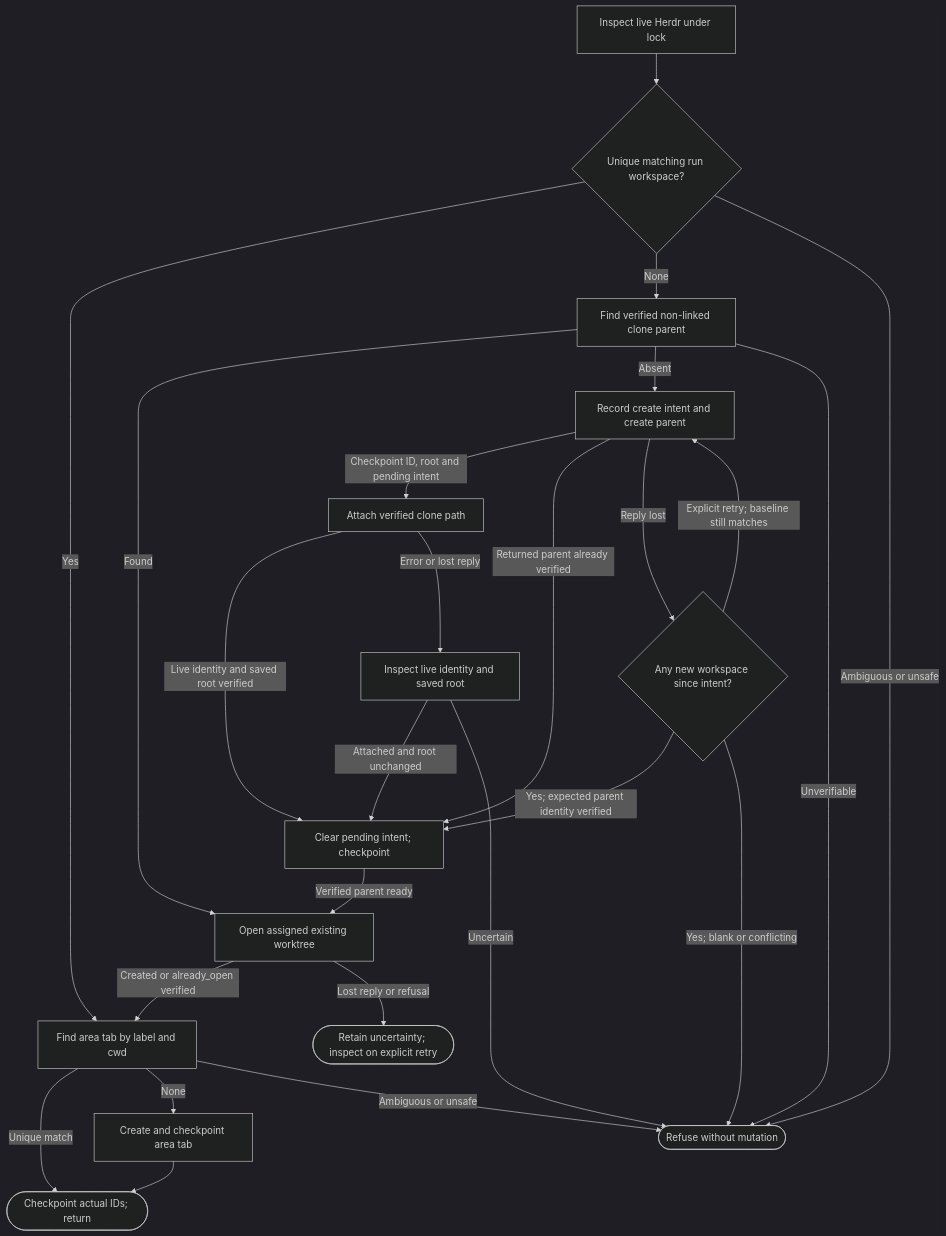
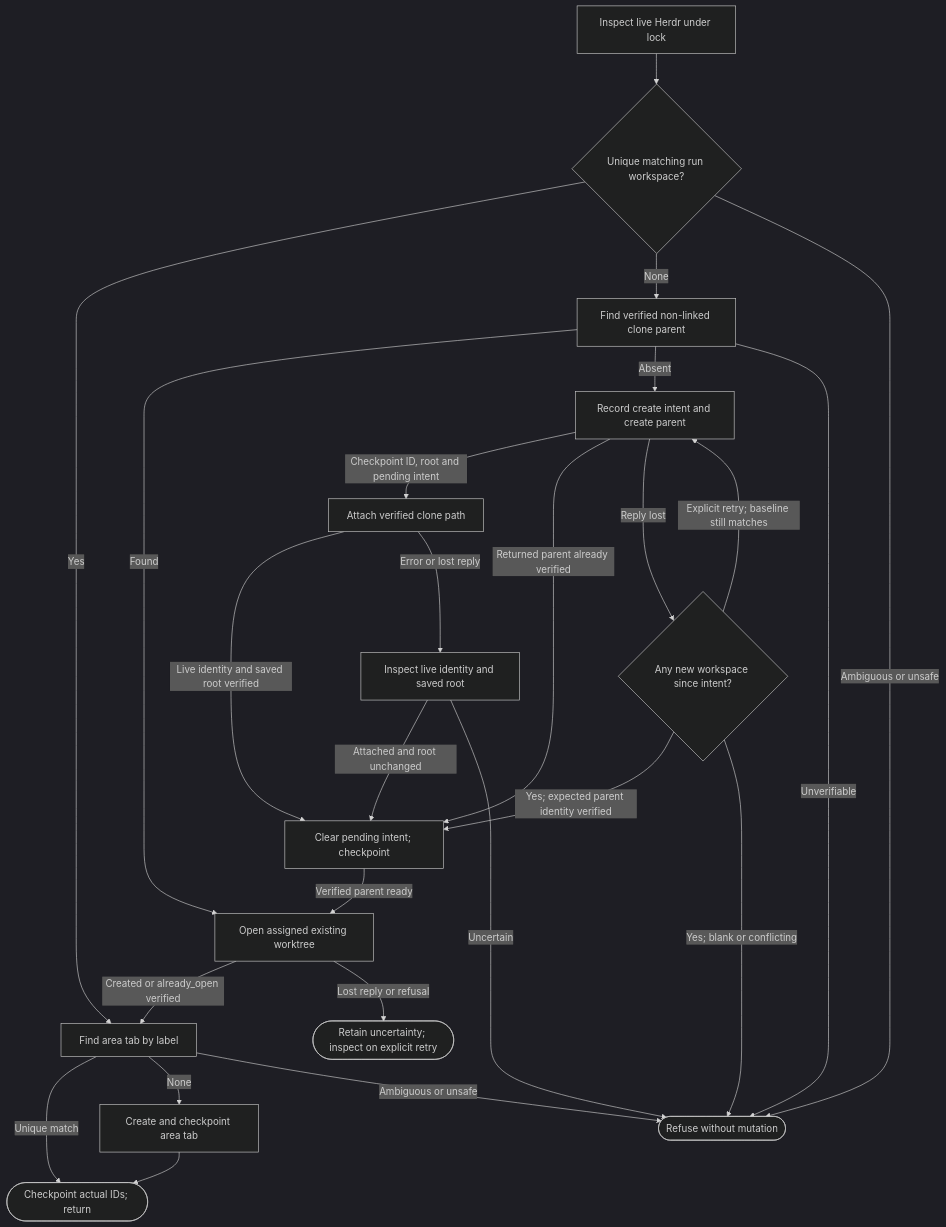
One commit to promptdriven/pdd changed the diagram in prompts/cli/workflow-herdr-layout.prompt.md. Above: the diagram before and after it, drawn with Mermaid (dark theme). The commit also changed other lines of this file and 12 other files, not shown here.

````diff
--- a/prompts/cli/workflow-herdr-layout.prompt.md
+++ b/prompts/cli/workflow-herdr-layout.prompt.md
@@ -13,27 +15,27 @@
 ```mermaid
 flowchart TD
     I[Inspect live Herdr under lock] --> R{Unique matching run workspace?}
-    R -->|Yes| T[Find area tab by label and cwd]
+    R -->|Yes| T[Find area tab by label]
     R -->|None| P[Find verified non-linked clone parent]
     R -->|Ambiguous or unsafe| F([Refuse without mutation])
     P -->|Found| O[Open assigned existing worktree]
     P -->|Absent| C[Record create intent and create parent]
     P -->|Unverifiable| F
     C -->|Checkpoint ID, root and pending intent| A1[Attach verified clone path]
     C -->|Returned parent already verified| AC
     A1 -->|Live identity and saved root verified| AC[Clear pending intent; checkpoint]
     AC -->|Verified parent ready| O
     A1 -->|Error or lost reply| V[Inspect live identity and saved root]
     V -->|Attached and root unchanged| AC
     V -->|Uncertain| F
     C -->|Reply lost| Z{Any new workspace since intent?}
     Z -->|Explicit retry; baseline still matches| C
     Z -->|Yes; expected parent identity verified| AC
     Z -->|Yes; blank or conflicting| F
     O -->|Created or already_open verified| T
     O -->|Lost reply or refusal| U([Retain uncertainty; inspect on explicit retry])
     T -->|Unique match| A([Checkpoint actual IDs; return])
     T -->|None| N[Create and checkpoint area tab]
     T -->|Ambiguous or unsafe| F
     N --> A
 ```
````
